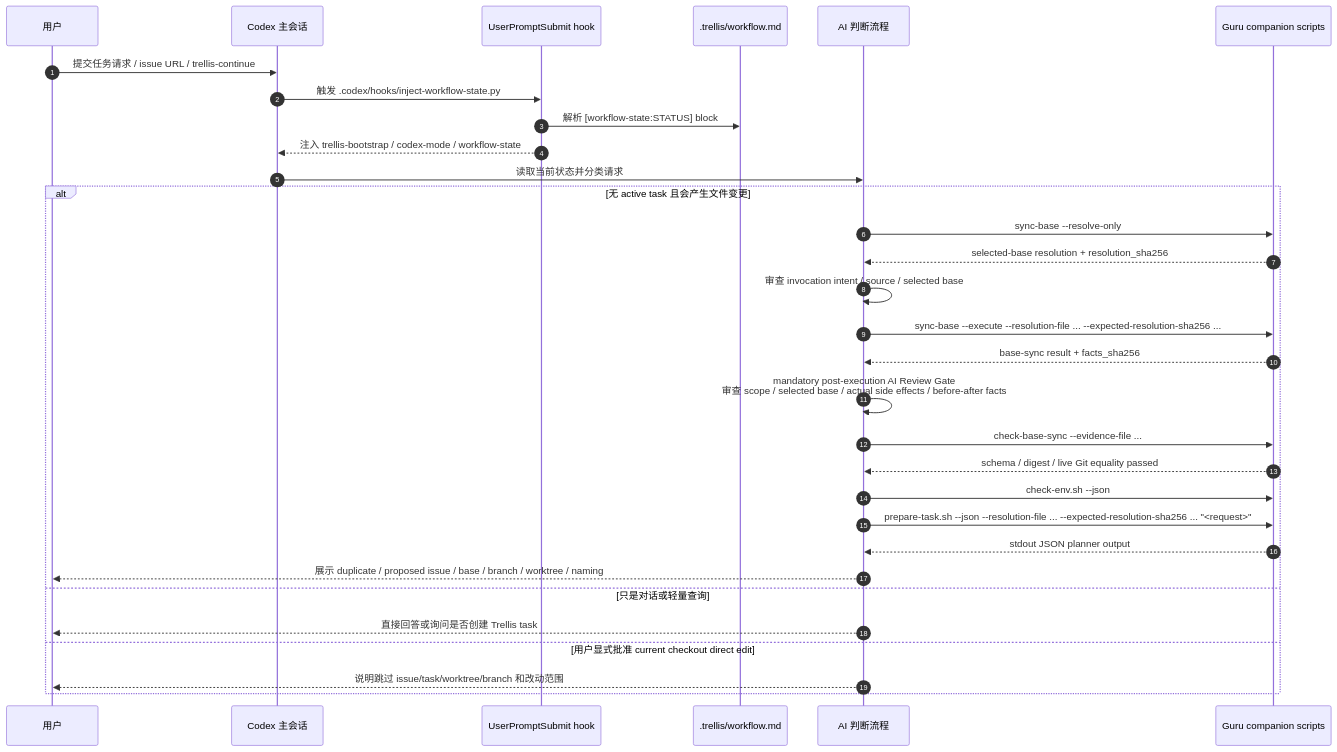
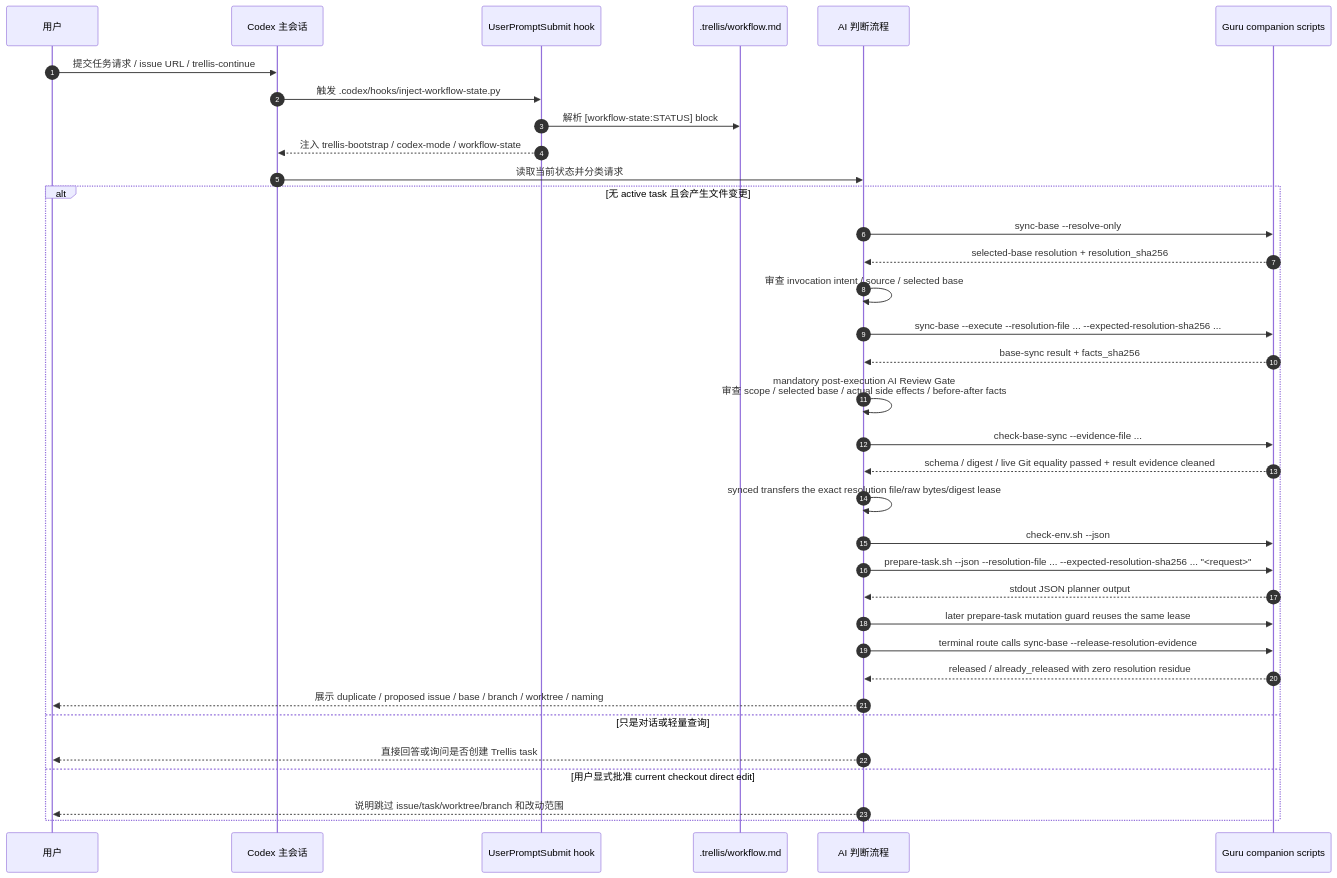
Before and after one commit to castbox/guru-trellis: the third of 6 diagrams in docs/requirements/guru-team-trellis-flow.md, drawn with Mermaid. The commit also changed other lines of this file and 51 other files, not shown here.

````diff
--- a/docs/requirements/guru-team-trellis-flow.md
+++ b/docs/requirements/guru-team-trellis-flow.md
@@ -128,34 +128,38 @@
 ```mermaid
 sequenceDiagram
   autonumber
   participant User as 用户
   participant Codex as Codex 主会话
   participant Hook as UserPromptSubmit hook
   participant Workflow as .trellis/workflow.md
   participant AI as AI 判断流程
   participant Script as Guru companion scripts
 
   User->>Codex: 提交任务请求 / issue URL / trellis-continue
   Codex->>Hook: 触发 .codex/hooks/inject-workflow-state.py
   Hook->>Workflow: 解析 [workflow-state:STATUS] block
   Hook-->>Codex: 注入 trellis-bootstrap / codex-mode / workflow-state
   Codex->>AI: 读取当前状态并分类请求
   alt 无 active task 且会产生文件变更
     AI->>Script: sync-base --resolve-only
     Script-->>AI: selected-base resolution + resolution_sha256
     AI->>AI: 审查 invocation intent / source / selected base
     AI->>Script: sync-base --execute --resolution-file ... --expected-resolution-sha256 ...
     Script-->>AI: base-sync result + facts_sha256
     AI->>AI: mandatory post-execution AI Review Gate<br/>审查 scope / selected base / actual side effects / before-after facts
     AI->>Script: check-base-sync --evidence-file ...
-    Script-->>AI: schema / digest / live Git equality passed
+    Script-->>AI: schema / digest / live Git equality passed + result evidence cleaned
+    AI->>AI: synced transfers the exact resolution file/raw bytes/digest lease
     AI->>Script: check-env.sh --json
     AI->>Script: prepare-task.sh --json --resolution-file ... --expected-resolution-sha256 ... "<request>"
     Script-->>AI: stdout JSON planner output
+    AI->>Script: later prepare-task mutation guard reuses the same lease
+    AI->>Script: terminal route calls sync-base --release-resolution-evidence
+    Script-->>AI: released / already_released with zero resolution residue
     AI-->>User: 展示 duplicate / proposed issue / base / branch / worktree / naming
   else 只是对话或轻量查询
     AI-->>User: 直接回答或询问是否创建 Trellis task
   else 用户显式批准 current checkout direct edit
     AI-->>User: 说明跳过 issue/task/worktree/branch 和改动范围
   end
 ```
````
